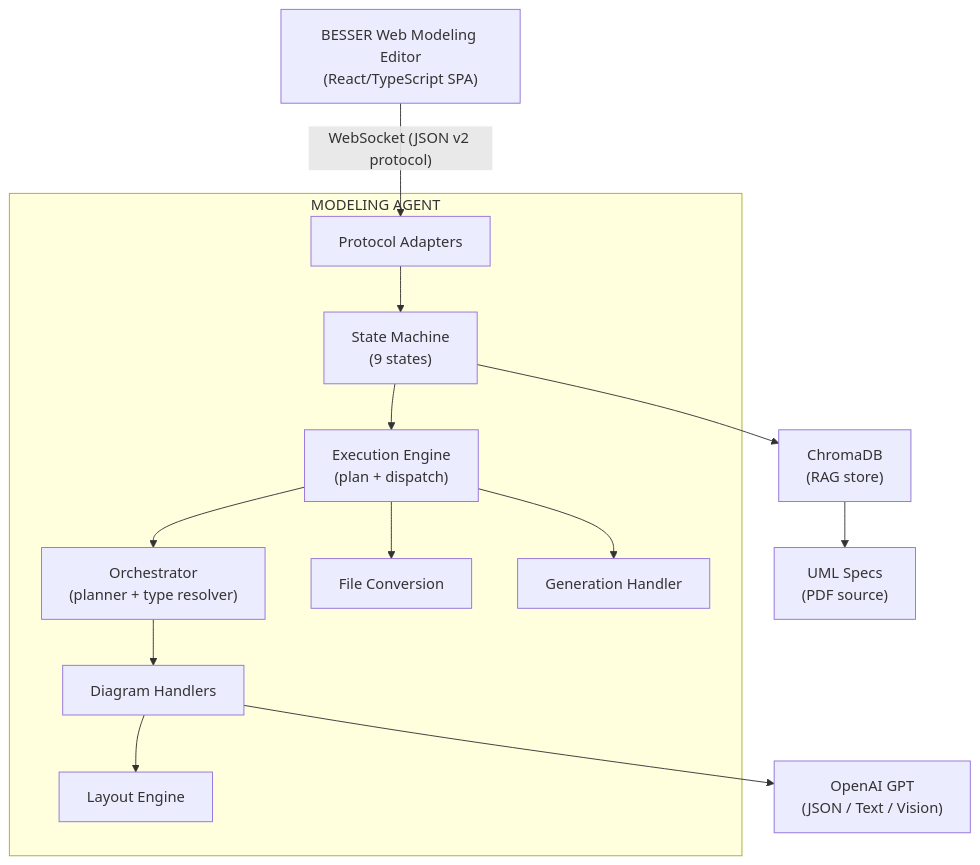
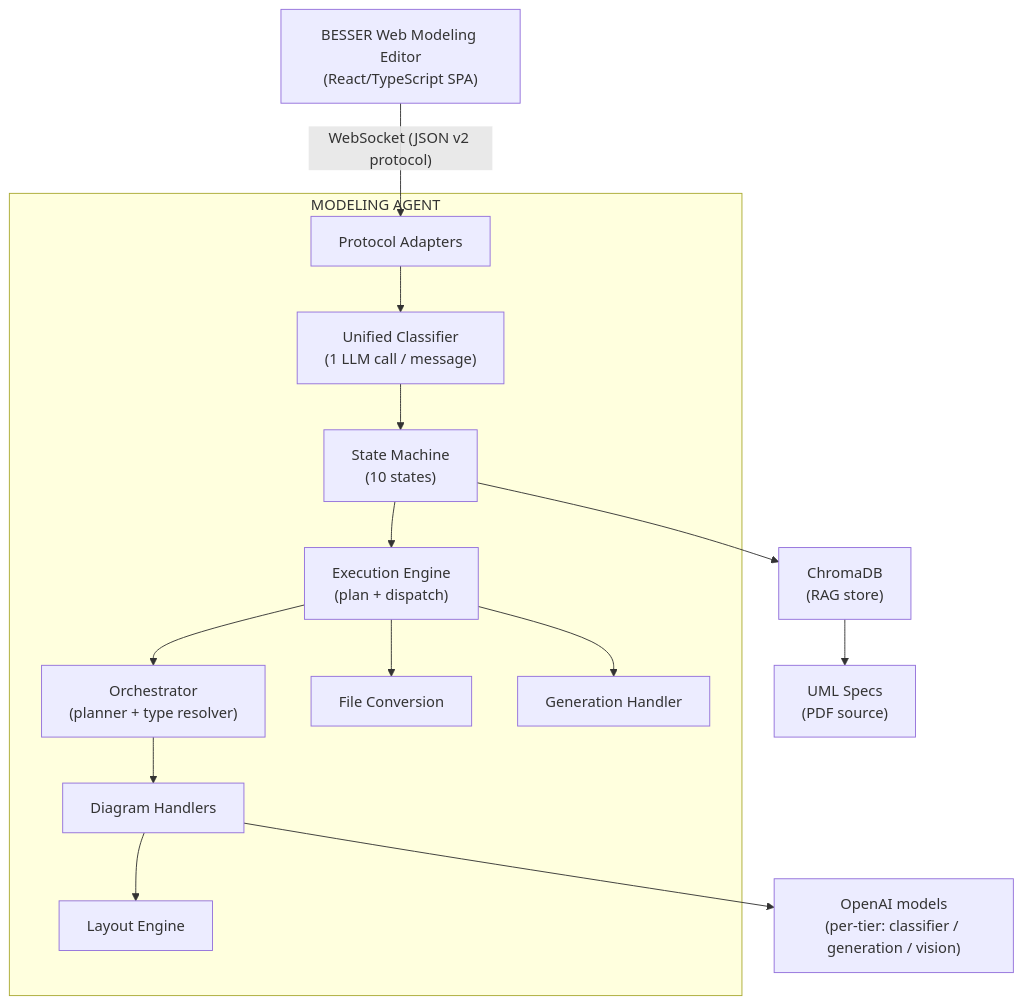
One commit to BESSER-PEARL/modeling-agent changed the diagram in docs/source/architecture.rst. Above: the diagram before and after it, drawn with Mermaid. The commit also changed other lines of this file and 19 other files, not shown here.

```diff
--- a/docs/source/architecture.rst
+++ b/docs/source/architecture.rst
@@ -17,19 +18,20 @@
 .. mermaid::
 
    graph TD
        FE["BESSER Web Modeling Editor<br/>(React/TypeScript SPA)"]
        FE -->|"WebSocket (JSON v2 protocol)"| PA
 
        subgraph AGENT["MODELING AGENT"]
-           PA["Protocol Adapters"] --> SM["State Machine<br/>(9 states)"]
+           PA["Protocol Adapters"] --> UC["Unified Classifier<br/>(1 LLM call / message)"]
+           UC --> SM["State Machine<br/>(10 states)"]
            SM --> EE["Execution Engine<br/>(plan + dispatch)"]
            EE --> ORCH["Orchestrator<br/>(planner + type resolver)"]
            ORCH --> DH["Diagram Handlers"]
            DH --> LE["Layout Engine"]
            EE --> FC["File Conversion"]
            EE --> GH["Generation Handler"]
        end
 
-       DH --> LLM["OpenAI GPT<br/>(JSON / Text / Vision)"]
+       DH --> LLM["OpenAI models<br/>(per-tier: classifier / generation / vision)"]
        SM --> RAG["ChromaDB<br/>(RAG store)"]
        RAG --> UML["UML Specs<br/>(PDF source)"]
```
